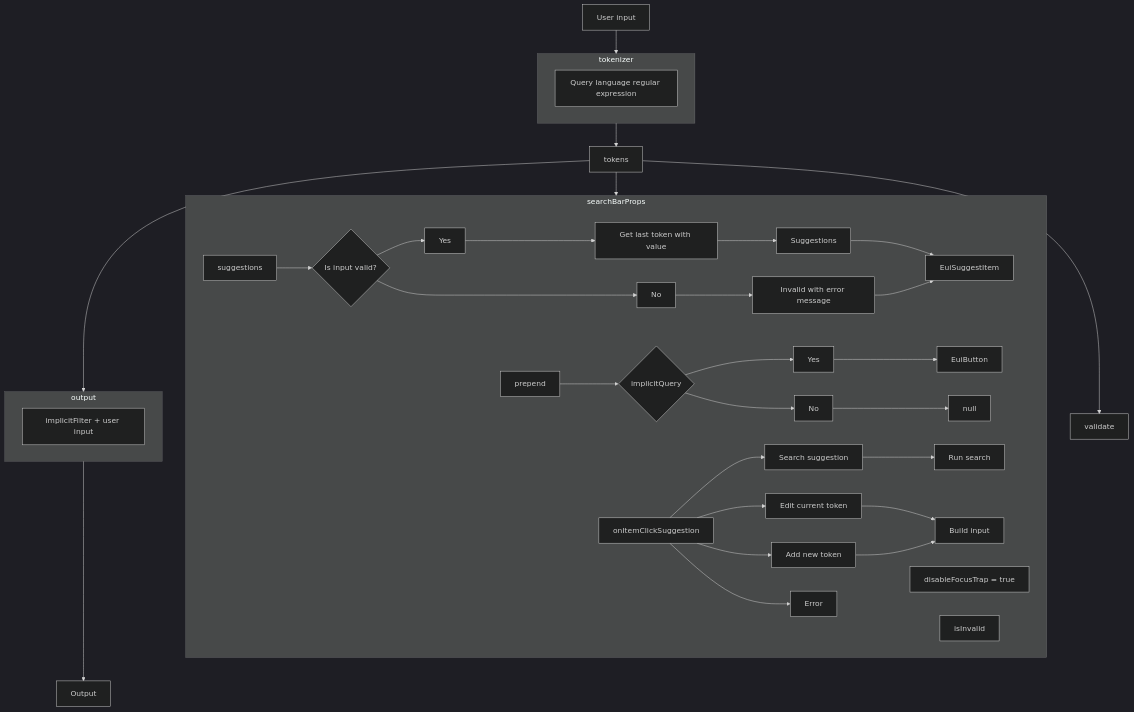
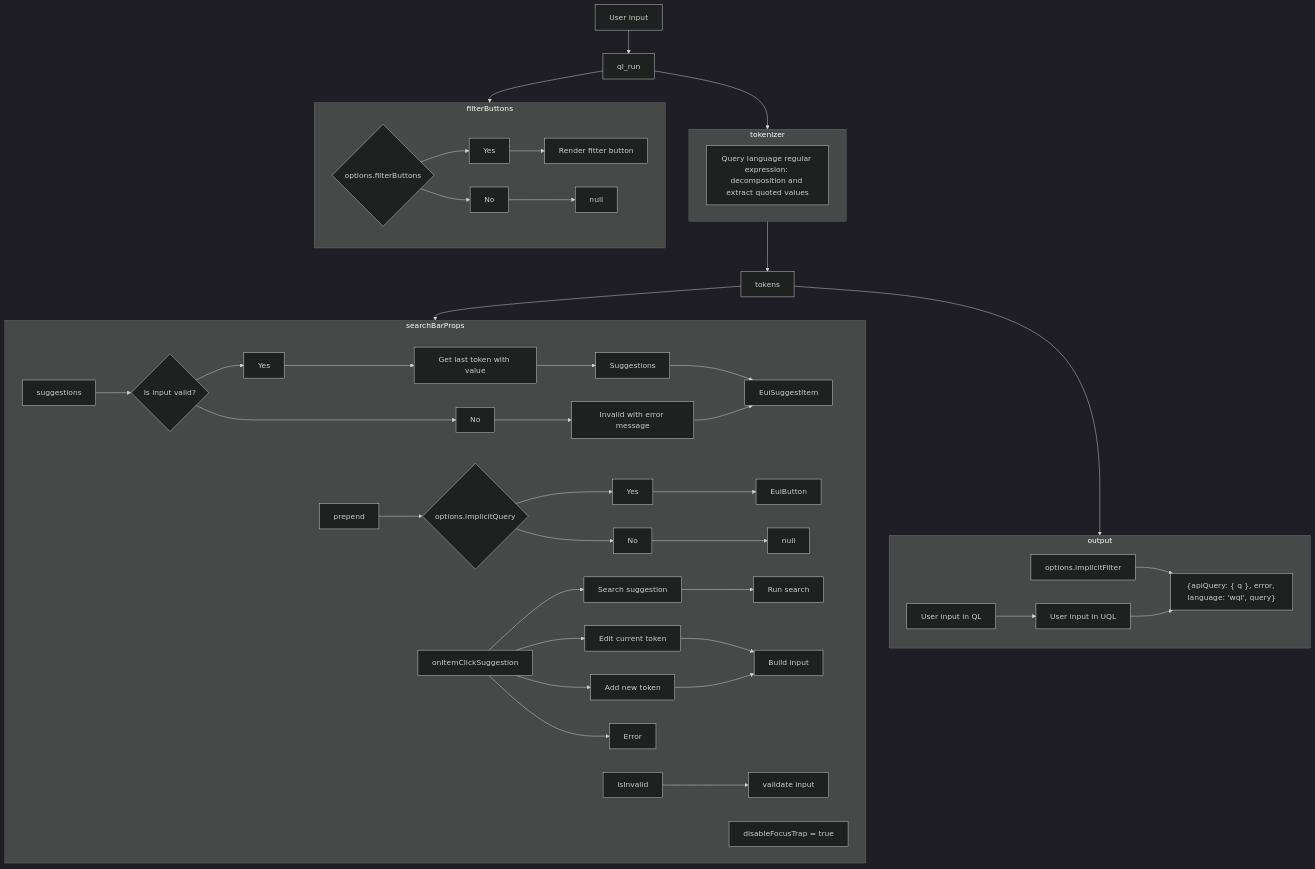
Before and after one commit to wazuh/wazuh-dashboard-plugins: the diagram in public/components/search-bar/query-language/wql.md, drawn with Mermaid (dark theme). The commit also changed other lines of this file and 3 other files, not shown here.

First line of the commit message:
feat(search-bar): enhance search bar and WQL

````diff
--- a/public/components/search-bar/query-language/wql.md
+++ b/public/components/search-bar/query-language/wql.md
@@ -202,38 +220,42 @@
 ```mermaid
 graph TD;
-    user_input[User input]-->tokenizer;
-    subgraph tokenizer
-        tokenize_regex[Query language regular expression]
-    end
+  user_input[User input]-->ql_run;
+  ql_run-->filterButtons[filterButtons];
+  ql_run-->tokenizer-->tokens;
+  tokens-->searchBarProps;
+  tokens-->output;
 
-    tokenizer-->tokens;
-    tokens-->validate;
-    
-    tokens-->searchBarProps;
-    subgraph searchBarProps;
-        searchBarProps_suggestions[suggestions]-->searchBarProps_suggestions_input_isvalid{Input is valid}
-        searchBarProps_suggestions_input_isvalid{Is input valid?}-->searchBarProps_suggestions_input_isvalid_success[Yes]
-        searchBarProps_suggestions_input_isvalid{Is input valid?}-->searchBarProps_suggestions_input_isvalid_fail[No]
-        searchBarProps_suggestions_input_isvalid_success[Yes]--->searchBarProps_suggestions_get_last_token_with_value[Get last token with value]-->searchBarProps_suggestions__result[Suggestions]
-        searchBarProps_suggestions__result[Suggestions]-->EuiSuggestItem
-        searchBarProps_suggestions_input_isvalid_fail[No]-->searchBarProps_suggestions_invalid[Invalid with error message]
-        searchBarProps_suggestions_invalid[Invalid with error message]-->EuiSuggestItem
-        searchBarProps_prepend[prepend]-->searchBarProps_prepend_implicitQuery{implicitQuery}
-        searchBarProps_prepend_implicitQuery{implicitQuery}-->searchBarProps_prepend_implicitQuery_yes[Yes]-->EuiButton
-        searchBarProps_prepend_implicitQuery{implicitQuery}-->searchBarProps_prepend_implicitQuery_no[No]-->null
-        searchBarProps_disableFocusTrap:true[disableFocusTrap = true]
-        searchBarProps_onItemClick[onItemClickSuggestion]-->searchBarProps_onItemClick_suggestion_search[Search suggestion]
-        searchBarProps_onItemClick_suggestion_search[Search suggestion]-->searchBarProps_onItemClick_suggestion_search_run[Run search]
-        searchBarProps_onItemClick[onItemClickSuggestion]-->searchBarProps_onItemClick_suggestion_edit_current_token[Edit current token]-->searchBarProps_onItemClick_build_input[Build input]
-        searchBarProps_onItemClick[onItemClickSuggestion]-->searchBarProps_onItemClick_suggestion_add_new_token[Add new token]-->searchBarProps_onItemClick_build_input[Build input]
-        searchBarProps_onItemClick[onItemClickSuggestion]-->searchBarProps_onItemClick_suggestion_error[Error]
-        searchBarProps_isInvalid[isInvalid]
-    end
+  subgraph tokenizer
+    tokenize_regex[Query language regular expression: decomposition and extract quoted values]
+  end
 
-    tokens-->output;
-    subgraph output[output];
-        output_result[implicitFilter + user input]
-    end
+  subgraph searchBarProps;
+    searchBarProps_suggestions[suggestions]-->searchBarProps_suggestions_input_isvalid{Input is valid}
+    searchBarProps_suggestions_input_isvalid{Is input valid?}-->searchBarProps_suggestions_input_isvalid_success[Yes]
+    searchBarProps_suggestions_input_isvalid{Is input valid?}-->searchBarProps_suggestions_input_isvalid_fail[No]
+    searchBarProps_suggestions_input_isvalid_success[Yes]--->searchBarProps_suggestions_get_last_token_with_value[Get last token with value]-->searchBarProps_suggestions__result[Suggestions]
+    searchBarProps_suggestions__result[Suggestions]-->EuiSuggestItem
+    searchBarProps_suggestions_input_isvalid_fail[No]-->searchBarProps_suggestions_invalid[Invalid with error message]
+    searchBarProps_suggestions_invalid[Invalid with error message]-->EuiSuggestItem
+    searchBarProps_prepend[prepend]-->searchBarProps_prepend_implicitQuery{options.implicitQuery}
+    searchBarProps_prepend_implicitQuery{options.implicitQuery}-->searchBarProps_prepend_implicitQuery_yes[Yes]-->EuiButton
+    searchBarProps_prepend_implicitQuery{options.implicitQuery}-->searchBarProps_prepend_implicitQuery_no[No]-->null
+    searchBarProps_disableFocusTrap:true[disableFocusTrap = true]
+    searchBarProps_onItemClick[onItemClickSuggestion]-->searchBarProps_onItemClick_suggestion_search[Search suggestion]
+    searchBarProps_onItemClick_suggestion_search[Search suggestion]-->searchBarProps_onItemClick_suggestion_search_run[Run search]
+    searchBarProps_onItemClick[onItemClickSuggestion]-->searchBarProps_onItemClick_suggestion_edit_current_token[Edit current token]-->searchBarProps_onItemClick_build_input[Build input]
+    searchBarProps_onItemClick[onItemClickSuggestion]-->searchBarProps_onItemClick_suggestion_add_new_token[Add new token]-->searchBarProps_onItemClick_build_input[Build input]
+    searchBarProps_onItemClick[onItemClickSuggestion]-->searchBarProps_onItemClick_suggestion_error[Error]
+    searchBarProps_isInvalid[isInvalid]-->searchBarProps_validate_input[validate input]
+  end
+  
+  subgraph output[output];
+    output_input_options_implicitFilter[options.implicitFilter]-->output_input_options_result["{apiQuery: { q }, error, language: 'wql', query}"]
+    output_input_user_input_QL[User input in QL]-->output_input_user_input_UQL[User input in UQL]-->output_input_options_result["{apiQuery: { q }, error, language: 'wql', query}"]
+  end
 
-    output-->output_search_bar[Output]
+  subgraph filterButtons;
+    filterButtons_optional{options.filterButtons}-->filterButtons_optional_yes[Yes]-->filterButtons_optional_yes_component[Render fitter button]
+    filterButtons_optional{options.filterButtons}-->filterButtons_optional_no[No]-->filterButtons_optional_no_null[null]
+  end
 ```
````
